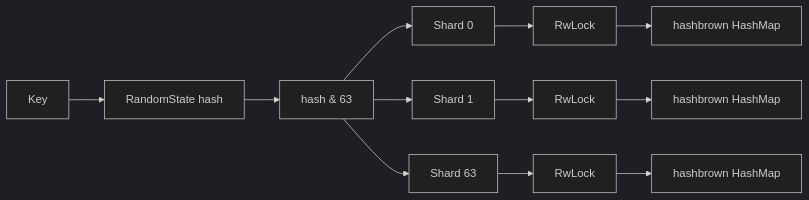
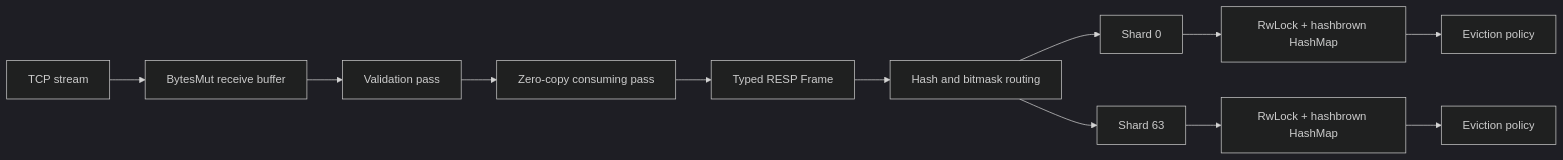
The diagram in README.md (NikitaaRamesh/aether-cache), drawn with Mermaid (dark theme) before and after one commit. The commit also changed other lines of this file, not shown here.

Commit message:
docs: update README with enhanced architecture details and usage instructions

````diff
--- a/README.md
+++ b/README.md
@@ -11,14 +38,14 @@
 ```mermaid
-graph LR
-    K[Key] --> H[RandomState hash]
-    H --> M[hash & 63]
-    M --> S0[Shard 0]
-    M --> S1[Shard 1]
-    M --> SN[Shard 63]
-    S0 --> L0[RwLock]
-    S1 --> L1[RwLock]
-    SN --> LN[RwLock]
-    L0 --> H0[hashbrown HashMap]
-    L1 --> H1[hashbrown HashMap]
-    LN --> HN[hashbrown HashMap]
+flowchart LR
+    TCP[TCP stream] --> BM[BytesMut receive buffer]
+    BM --> VP[Validation pass]
+    VP --> CP[Zero-copy consuming pass]
+    CP --> RESP[Typed RESP Frame]
+    RESP --> ROUTE[Hash and bitmask routing]
+    ROUTE --> S0[Shard 0]
+    ROUTE --> SN[Shard 63]
+    S0 --> MAP0[RwLock + hashbrown HashMap]
+    SN --> MAPN[RwLock + hashbrown HashMap]
+    MAP0 --> POLICY0[Eviction policy]
+    MAPN --> POLICYN[Eviction policy]
 ```
````
